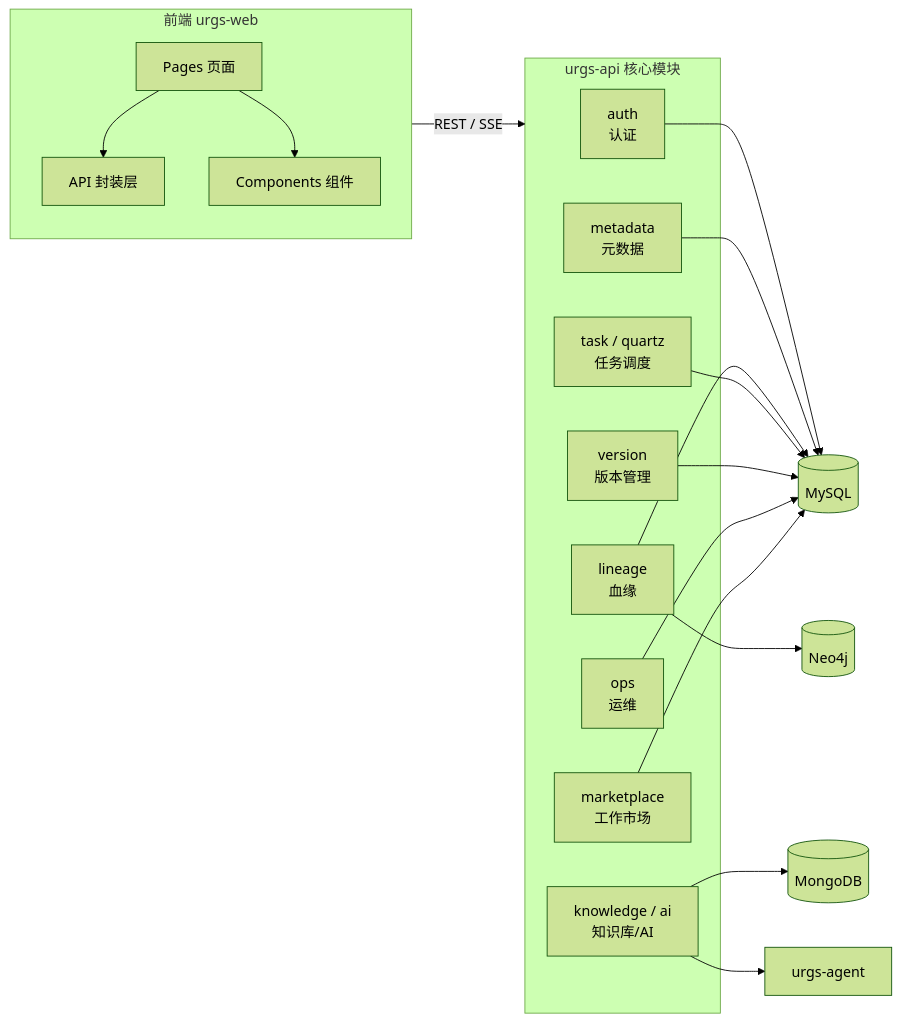
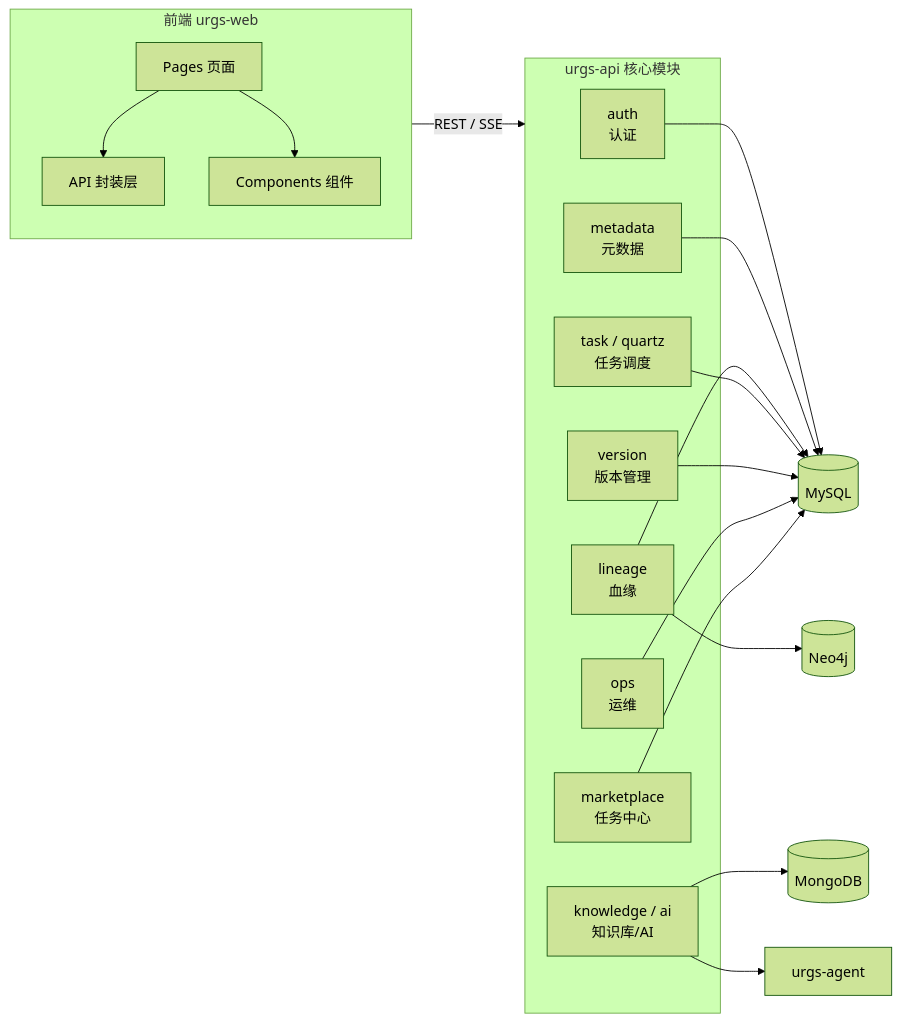
Before and after one commit to Jingkzhou/urgs: the sixth of 7 diagrams in docs/architecture/architecture-diagrams.md, drawn with Mermaid (forest theme). The commit also changed 28 other files, not shown here.

````diff
--- a/docs/architecture/architecture-diagrams.md
+++ b/docs/architecture/architecture-diagrams.md
@@ -158,34 +158,34 @@
 ```mermaid
 graph LR
     subgraph Frontend["前端 urgs-web"]
         Pages["Pages 页面"]
         API["API 封装层"]
         Comp["Components 组件"]
         Pages --> API
         Pages --> Comp
     end
 
     subgraph Core["urgs-api 核心模块"]
         Auth["auth<br/>认证"]
         Meta["metadata<br/>元数据"]
         Line["lineage<br/>血缘"]
         Task["task / quartz<br/>任务调度"]
         Know["knowledge / ai<br/>知识库/AI"]
         Ver["version<br/>版本管理"]
         Ops["ops<br/>运维"]
-        Mkt["marketplace<br/>工作市场"]
+        Mkt["marketplace<br/>任务中心"]
     end
 
     Frontend -->|"REST / SSE"| Core
 
     Auth --> DB[(MySQL)]
     Meta --> DB
     Line --> DB
     Line --> Neo[(Neo4j)]
     Task --> DB
     Know --> Mongo[(MongoDB)]
     Know --> Agent["urgs-agent"]
     Ver --> DB
     Ops --> DB
     Mkt --> DB
 ```
````
